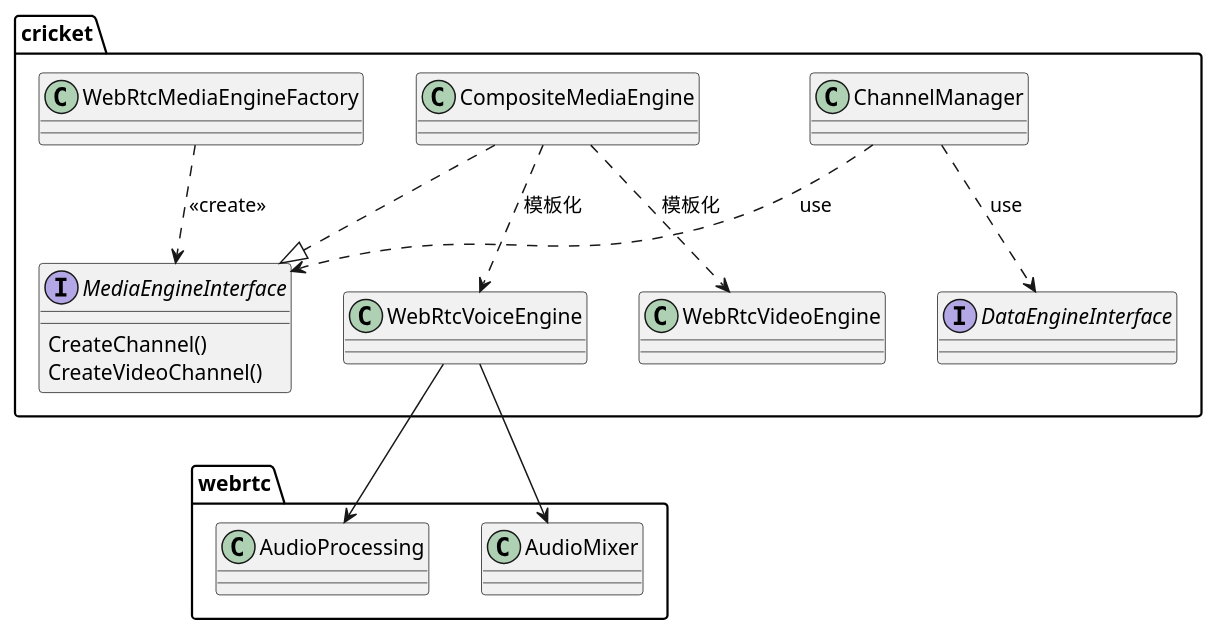
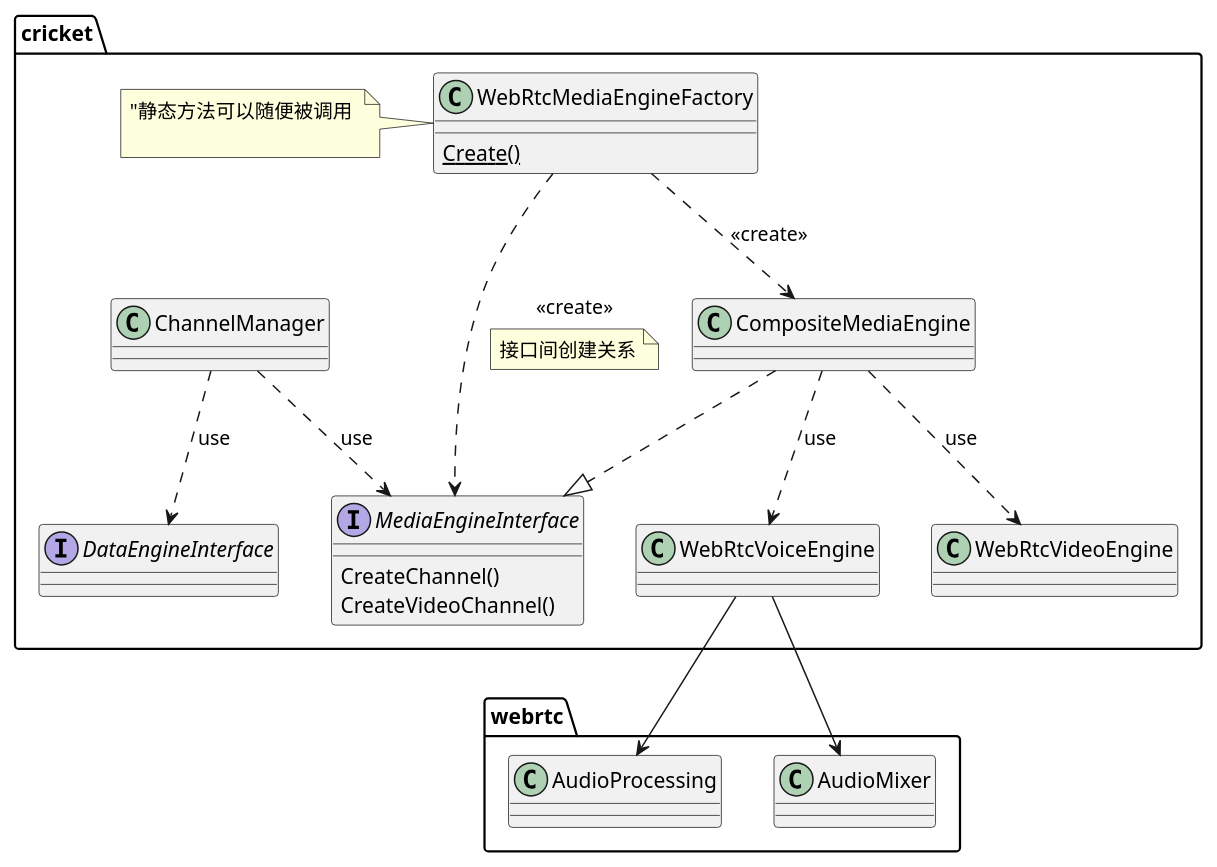
The diagram in webrtc_chrome/mediaEngine.md (mingxin505/webrtcNote), drawn with PlantUML before and after one commit. The commit also changed other lines of this file, not shown here.

Commit message:
mediaEng

````diff
--- a/webrtc_chrome/mediaEngine.md
+++ b/webrtc_chrome/mediaEngine.md
@@ -2,24 +2,31 @@
 ```plantuml
 package webrtc {
     class AudioProcessing {
 
     }
     class AudioMixer
 }
 package cricket {
     interface MediaEngineInterface {
         CreateChannel()
         CreateVideoChannel()
     }
     interface DataEngineInterface
     class ChannelManager
+    class WebRtcMediaEngineFactory {
+        {static} Create()
+    }
+    note left: "静态方法可以随便被调用 \n  
     ChannelManager ..> MediaEngineInterface : use
     CompositeMediaEngine ..|> MediaEngineInterface
-    CompositeMediaEngine ..> WebRtcVoiceEngine : 模板化
-    CompositeMediaEngine ..> WebRtcVideoEngine : 模板化
+    CompositeMediaEngine ..> WebRtcVoiceEngine : use
+    CompositeMediaEngine ..> WebRtcVideoEngine : use
     ChannelManager ..> DataEngineInterface : use
-    WebRtcMediaEngineFactory ..> MediaEngineInterface : <<create>>
+    WebRtcMediaEngineFactory ..> MediaEngineInterface : <<create>> 
+    note on link: 接口间创建关系
+    WebRtcMediaEngineFactory ..> CompositeMediaEngine : <<create>>
+
     WebRtcVoiceEngine --> AudioMixer
     WebRtcVoiceEngine --> AudioProcessing
 } 
 ```
````
